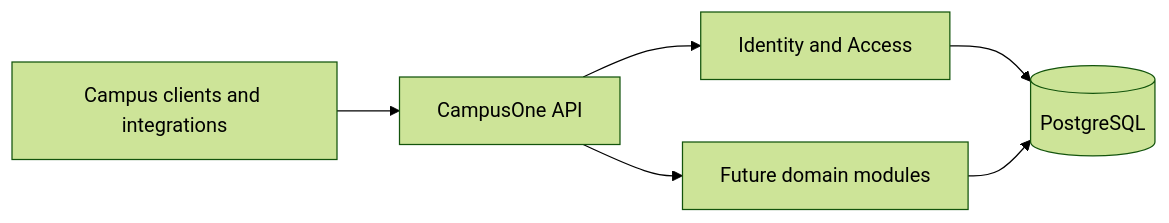
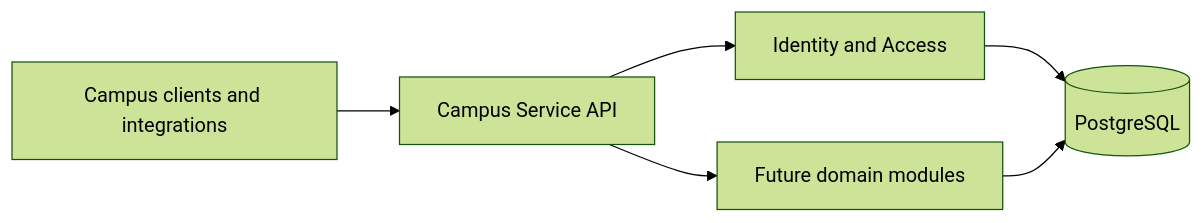
One commit to cdanh11/campus-service changed the first of 2 diagrams in docs/architecture.md. Above: the diagram before and after it, drawn with Mermaid (forest theme). The commit also changed other lines of this file and 11 other files, not shown here.

Commit message:
docs: rename project to campus-service

````diff
--- a/docs/architecture.md
+++ b/docs/architecture.md
@@ -13,8 +13,8 @@
 ```mermaid
 flowchart LR
-    Client[Campus clients and integrations] --> API[CampusOne API]
+    Client[Campus clients and integrations] --> API[Campus Service API]
     API --> IAM[Identity and Access]
     API --> Future[Future domain modules]
     IAM --> DB[(PostgreSQL)]
     Future --> DB
 ```
````
